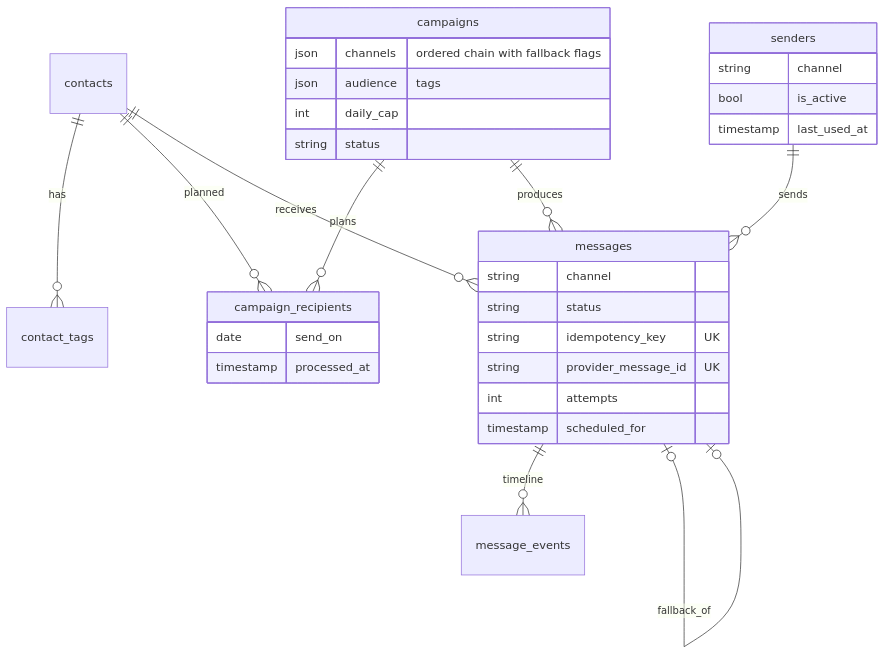
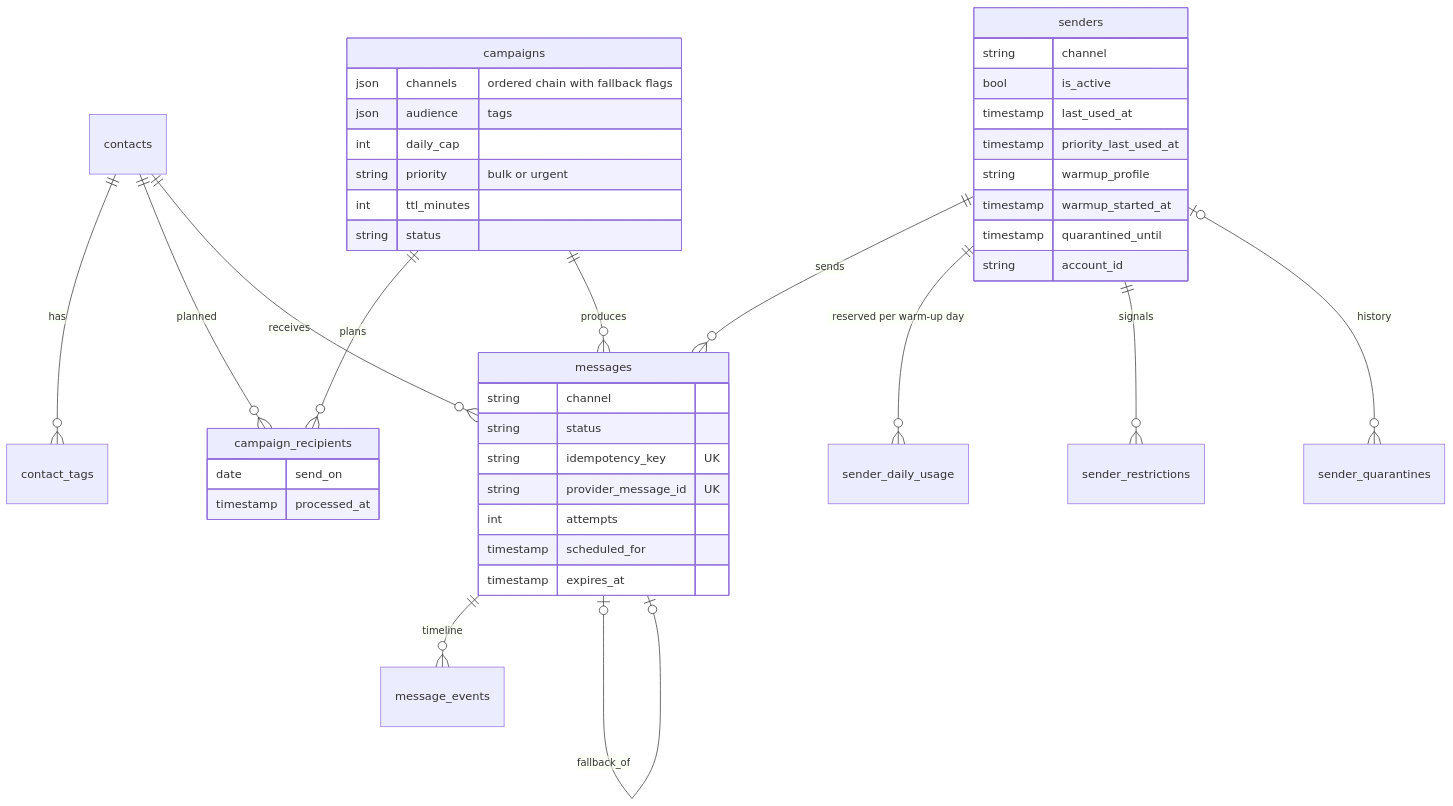
The fourth of 4 diagrams in README.md (maxakagaret/multichannel-messaging), drawn with Mermaid before and after one commit. The commit also changed other lines of this file and 51 other files, not shown here.

First line of the commit message:
Add sender health: warm-up, quarantine, deadlines, circuit breaker

````diff
--- a/README.md
+++ b/README.md
@@ -126,16 +145,19 @@
 ```mermaid
 erDiagram
     contacts ||--o{ contact_tags : has
     contacts ||--o{ campaign_recipients : planned
     campaigns ||--o{ campaign_recipients : plans
     campaigns ||--o{ messages : produces
     contacts ||--o{ messages : receives
     senders ||--o{ messages : sends
     messages ||--o{ message_events : timeline
     messages |o--o| messages : fallback_of
 
-    campaigns { json channels "ordered chain with fallback flags" json audience "tags" int daily_cap string status }
+    campaigns { json channels "ordered chain with fallback flags" json audience "tags" int daily_cap string priority "bulk or urgent" int ttl_minutes string status }
     campaign_recipients { date send_on timestamp processed_at }
-    messages { string channel string status string idempotency_key UK string provider_message_id UK int attempts timestamp scheduled_for }
-    senders { string channel bool is_active timestamp last_used_at }
+    messages { string channel string status string idempotency_key UK string provider_message_id UK int attempts timestamp scheduled_for timestamp expires_at }
+    senders { string channel bool is_active timestamp last_used_at timestamp priority_last_used_at string warmup_profile timestamp warmup_started_at timestamp quarantined_until string account_id }
+    senders ||--o{ sender_daily_usage : "reserved per warm-up day"
+    senders ||--o{ sender_restrictions : signals
+    senders |o--o{ sender_quarantines : history
 ```
````
